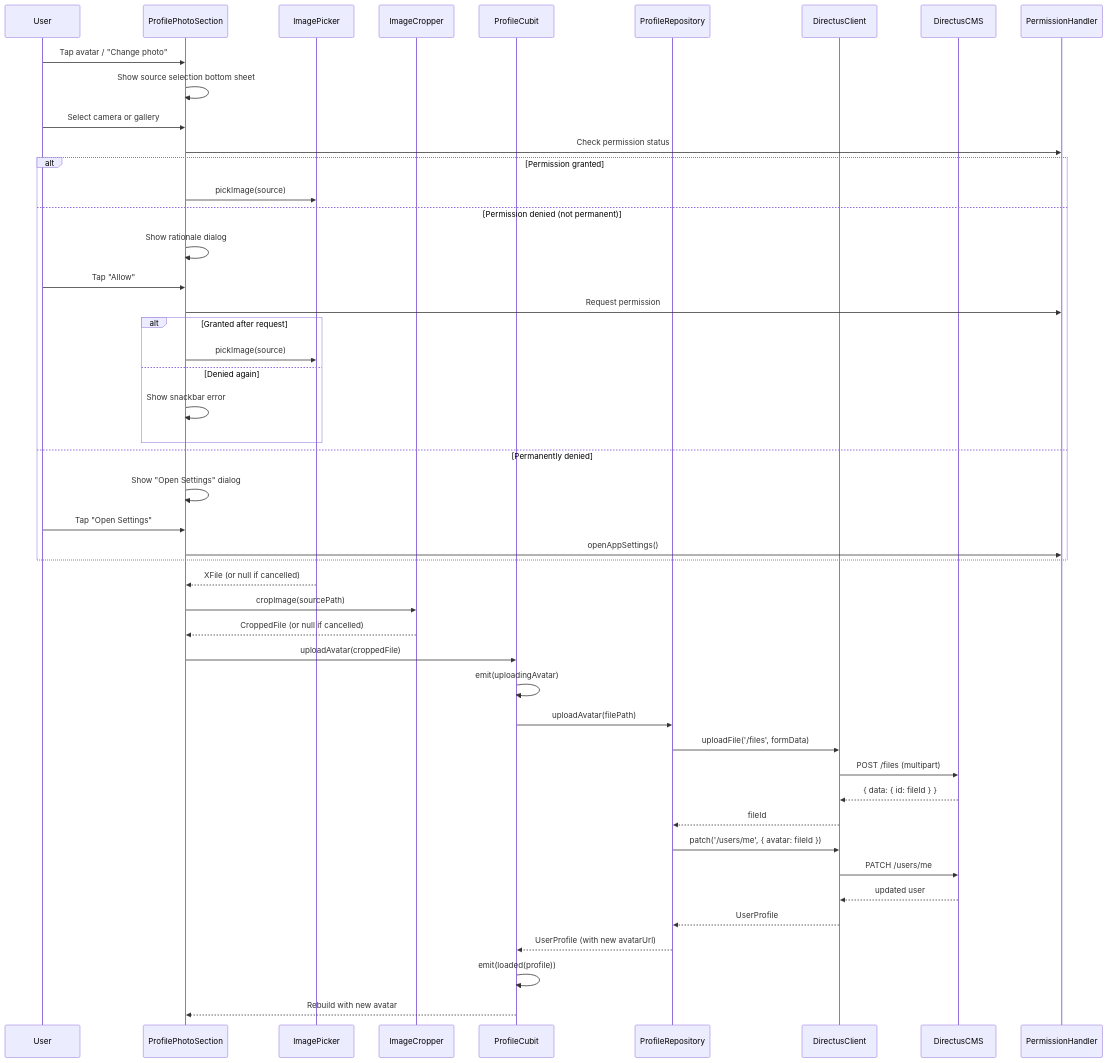
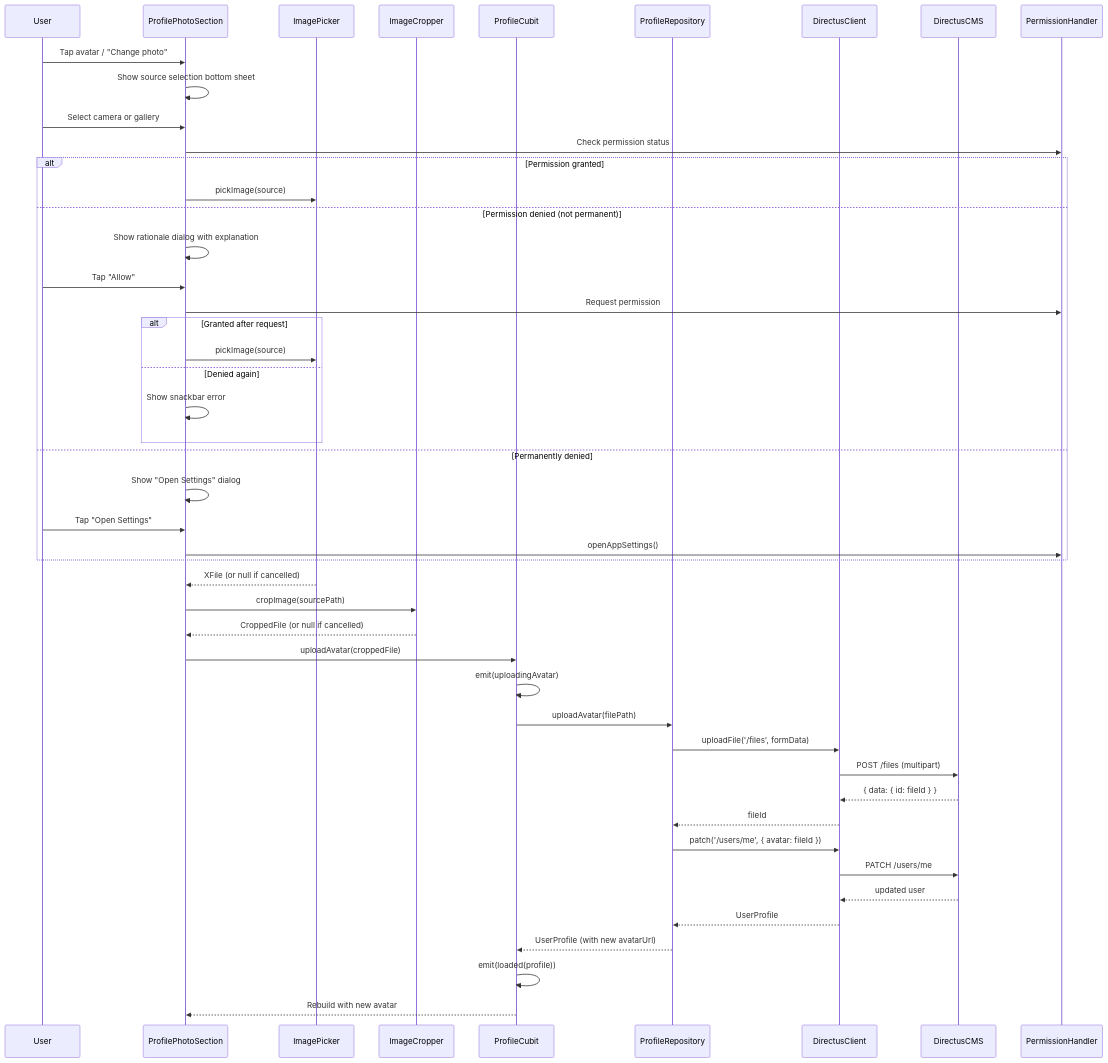
The diagram in .kiro/specs/profile-avatar-upload/design.md (mjablecnik/DanceeApp), drawn with Mermaid before and after one commit. The commit also changed other lines of this file, not shown here.

Commit message:
feat: enhance rationale dialog for permission requests

````diff
--- a/.kiro/specs/profile-avatar-upload/design.md
+++ b/.kiro/specs/profile-avatar-upload/design.md
@@ -19,49 +19,49 @@
 ```mermaid
 sequenceDiagram
     participant User
     participant ProfilePhotoSection
     participant ImagePicker
     participant ImageCropper
     participant ProfileCubit
     participant ProfileRepository
     participant DirectusClient
     participant DirectusCMS
 
     User->>ProfilePhotoSection: Tap avatar / "Change photo"
     ProfilePhotoSection->>ProfilePhotoSection: Show source selection bottom sheet
     User->>ProfilePhotoSection: Select camera or gallery
     ProfilePhotoSection->>PermissionHandler: Check permission status
     alt Permission granted
         ProfilePhotoSection->>ImagePicker: pickImage(source)
     else Permission denied (not permanent)
-        ProfilePhotoSection->>ProfilePhotoSection: Show rationale dialog
+        ProfilePhotoSection->>ProfilePhotoSection: Show rationale dialog with explanation
         User->>ProfilePhotoSection: Tap "Allow"
         ProfilePhotoSection->>PermissionHandler: Request permission
         alt Granted after request
             ProfilePhotoSection->>ImagePicker: pickImage(source)
         else Denied again
             ProfilePhotoSection->>ProfilePhotoSection: Show snackbar error
         end
     else Permanently denied
         ProfilePhotoSection->>ProfilePhotoSection: Show "Open Settings" dialog
         User->>ProfilePhotoSection: Tap "Open Settings"
         ProfilePhotoSection->>PermissionHandler: openAppSettings()
     end
     ImagePicker-->>ProfilePhotoSection: XFile (or null if cancelled)
     ProfilePhotoSection->>ImageCropper: cropImage(sourcePath)
     ImageCropper-->>ProfilePhotoSection: CroppedFile (or null if cancelled)
     ProfilePhotoSection->>ProfileCubit: uploadAvatar(croppedFile)
     ProfileCubit->>ProfileCubit: emit(uploadingAvatar)
     ProfileCubit->>ProfileRepository: uploadAvatar(filePath)
     ProfileRepository->>DirectusClient: uploadFile('/files', formData)
     DirectusClient->>DirectusCMS: POST /files (multipart)
     DirectusCMS-->>DirectusClient: { data: { id: fileId } }
     DirectusClient-->>ProfileRepository: fileId
     ProfileRepository->>DirectusClient: patch('/users/me', { avatar: fileId })
     DirectusClient->>DirectusCMS: PATCH /users/me
     DirectusCMS-->>DirectusClient: updated user
     DirectusClient-->>ProfileRepository: UserProfile
     ProfileRepository-->>ProfileCubit: UserProfile (with new avatarUrl)
     ProfileCubit->>ProfileCubit: emit(loaded(profile))
     ProfileCubit-->>ProfilePhotoSection: Rebuild with new avatar
 ```
````
